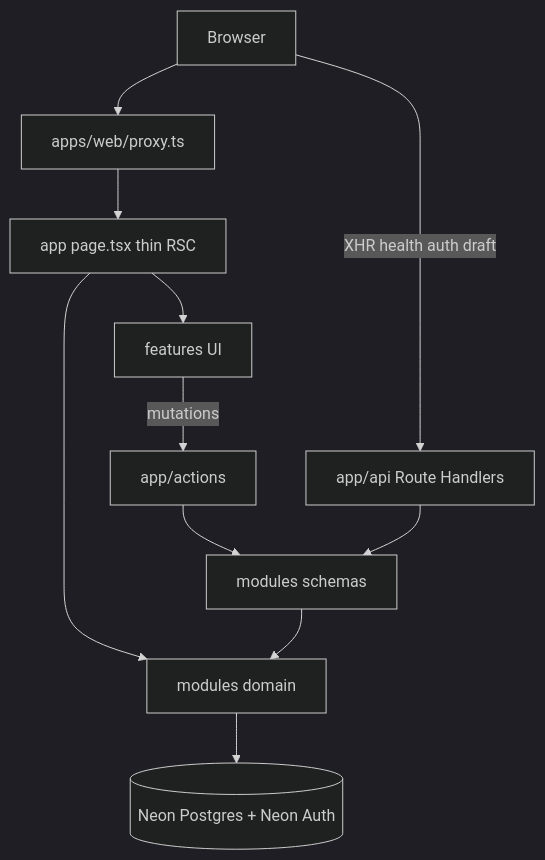
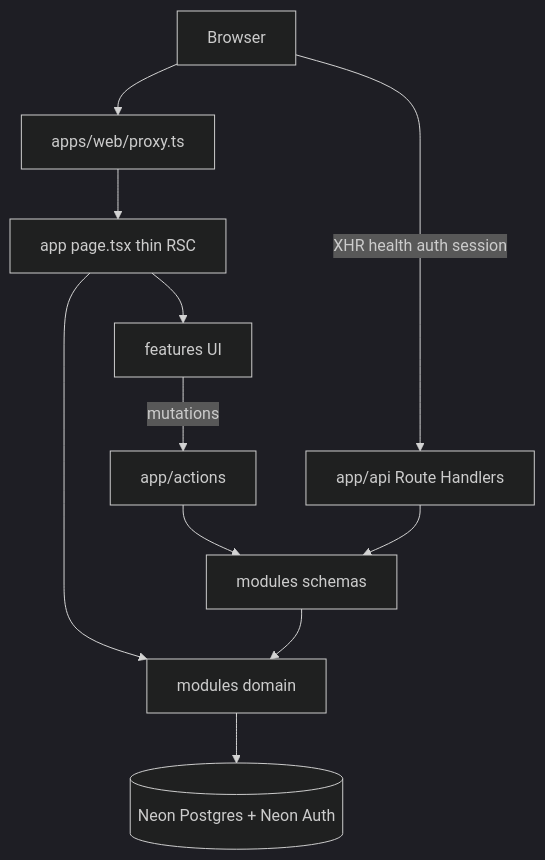
Before and after one commit to pohlai88/afenda-lite: the diagram in docs-V2/nextjs/architecture.md, drawn with Mermaid (dark theme). The commit also changed other lines of this file and 224 other files, not shown here.

````diff
--- a/docs-V2/nextjs/architecture.md
+++ b/docs-V2/nextjs/architecture.md
@@ -13,23 +13,23 @@
 ```mermaid
 flowchart TD
   browser[Browser]
   proxy[apps/web/proxy.ts]
   page[app page.tsx thin RSC]
   feature[features UI]
   action[app/actions]
   api[app/api Route Handlers]
   schema[modules schemas]
   domain[modules domain]
   neon[(Neon Postgres + Neon Auth)]
 
   browser --> proxy
   proxy --> page
   page --> feature
   page --> domain
   feature -->|mutations| action
-  browser -->|XHR health auth draft| api
+  browser -->|XHR health auth session| api
   action --> schema
   api --> schema
   schema --> domain
   domain --> neon
 ```
````
